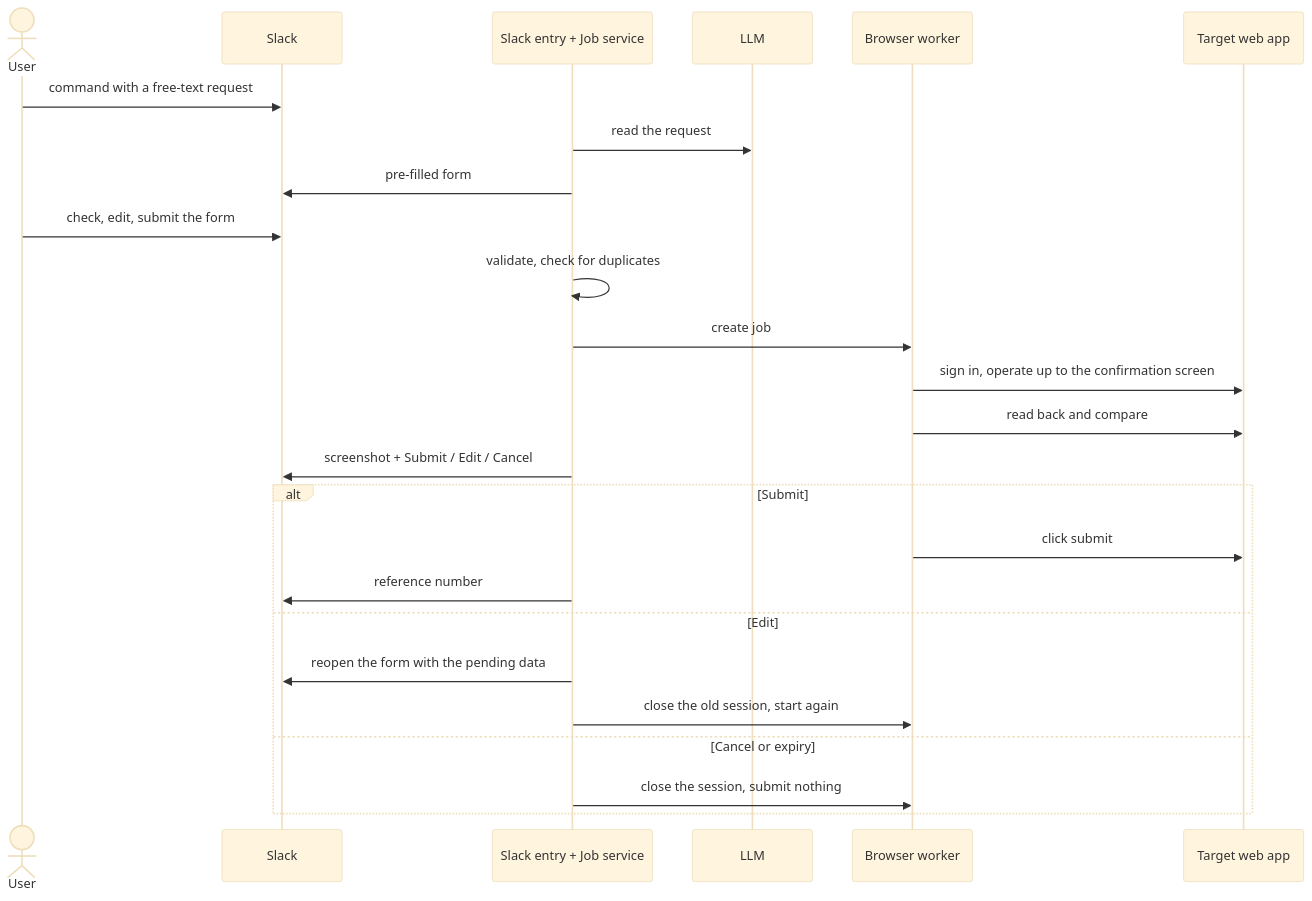
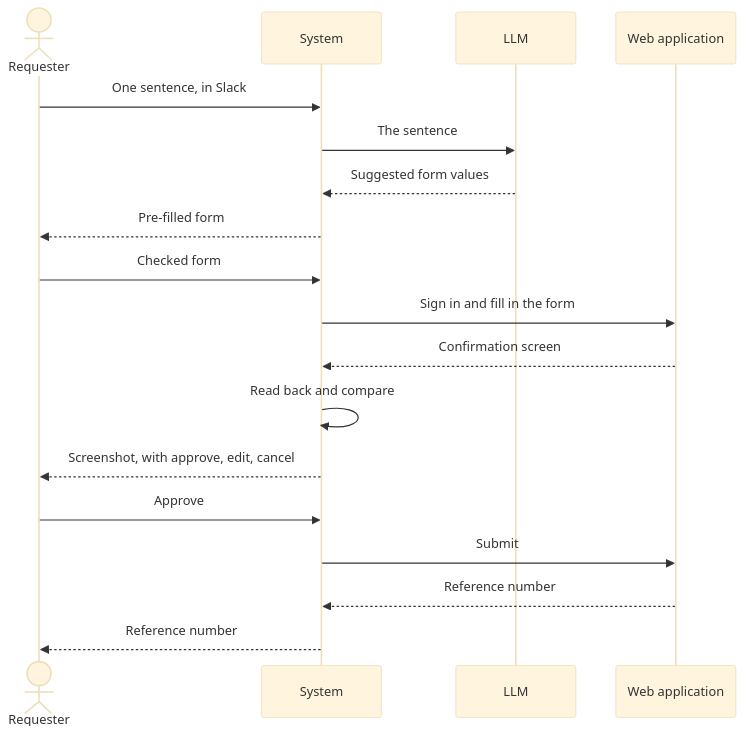
One commit to phuc-nt/slack-web-automation-poc changed the first of 2 diagrams in docs/poc/01-web-form-automation.md. Above: the diagram before and after it, drawn with Mermaid (base theme). The commit also changed other lines of this file and 6 other files, not shown here.

````diff
--- a/docs/poc/01-web-form-automation.md
+++ b/docs/poc/01-web-form-automation.md
@@ -121,28 +44,21 @@
 ```mermaid
 sequenceDiagram
-    actor U as User
-    participant S as Slack
-    participant A as Slack entry + Job service
+    actor R as Requester
+    participant S as System
     participant L as LLM
-    participant W as Browser worker
-    participant T as Target web app
+    participant W as Web application
 
-    U->>S: command with a free-text request
-    A->>L: read the request
-    A->>S: pre-filled form
-    U->>S: check, edit, submit the form
-    A->>A: validate, check for duplicates
-    A->>W: create job
-    W->>T: sign in, operate up to the confirmation screen
-    W->>T: read back and compare
-    A->>S: screenshot + Submit / Edit / Cancel
-    alt Submit
-        W->>T: click submit
-        A->>S: reference number
-    else Edit
-        A->>S: reopen the form with the pending data
-        A->>W: close the old session, start again
-    else Cancel or expiry
-        A->>W: close the session, submit nothing
-    end
+    R->>S: One sentence, in Slack
+    S->>L: The sentence
+    L-->>S: Suggested form values
+    S-->>R: Pre-filled form
+    R->>S: Checked form
+    S->>W: Sign in and fill in the form
+    W-->>S: Confirmation screen
+    S->>S: Read back and compare
+    S-->>R: Screenshot, with approve, edit, cancel
+    R->>S: Approve
+    S->>W: Submit
+    W-->>S: Reference number
+    S-->>R: Reference number
 ```
````
